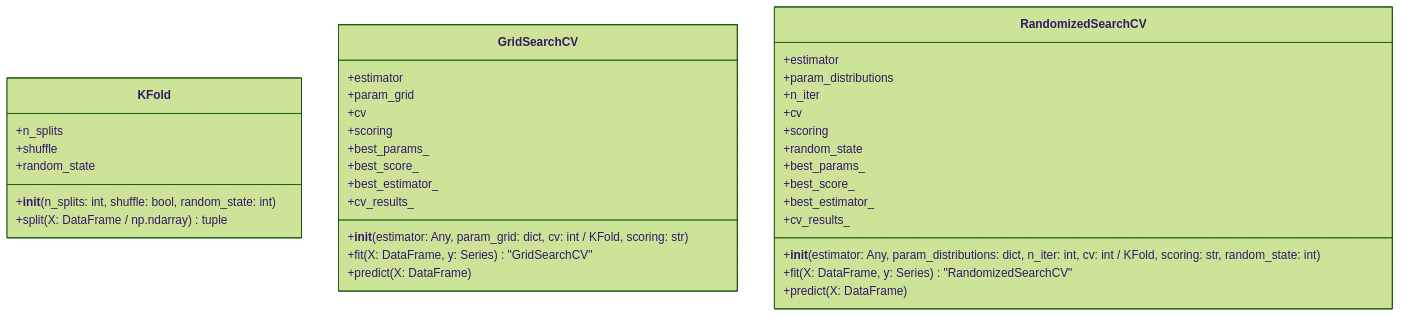
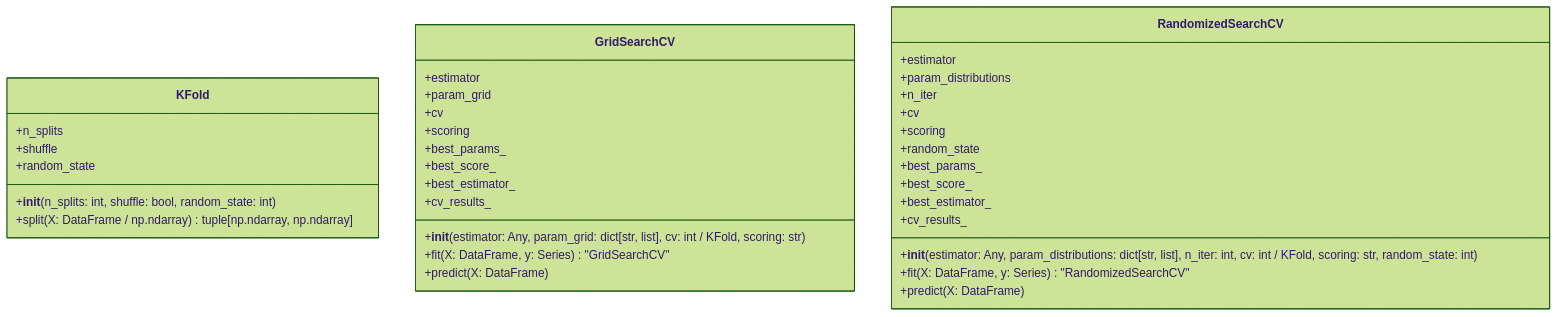
One commit to SmollCoco/GlassBox changed the diagram in packages/glassbox-optimization/docs/UML_Class_Diagram.md. Above: the diagram before and after it, drawn with Mermaid (forest theme). The commit also changed 5 other files, not shown here.

Commit message:
correcting UML diagrams of eda and numpandas

````diff
--- a/packages/glassbox-optimization/docs/UML_Class_Diagram.md
+++ b/packages/glassbox-optimization/docs/UML_Class_Diagram.md
@@ -3,38 +3,38 @@
 ```mermaid
 classDiagram
     class KFold {
         +n_splits
         +shuffle
         +random_state
         +__init__(n_splits: int, shuffle: bool, random_state: int)
-        +split(X: DataFrame / np.ndarray)  tuple<np.ndarray, np.ndarray>
+        +split(X: DataFrame / np.ndarray)  tuple[np.ndarray, np.ndarray]
     }
     class GridSearchCV {
         +estimator
         +param_grid
         +cv
         +scoring
         +best_params_
         +best_score_
         +best_estimator_
         +cv_results_
-        +__init__(estimator: Any, param_grid: dict<str, list>, cv: int / KFold, scoring: str)
+        +__init__(estimator: Any, param_grid: dict[str, list], cv: int / KFold, scoring: str)
         +fit(X: DataFrame, y: Series)  "GridSearchCV"
         +predict(X: DataFrame)
     }
     class RandomizedSearchCV {
         +estimator
         +param_distributions
         +n_iter
         +cv
         +scoring
         +random_state
         +best_params_
         +best_score_
         +best_estimator_
         +cv_results_
-        +__init__(estimator: Any, param_distributions: dict<str, list>, n_iter: int, cv: int / KFold, scoring: str, random_state: int)
+        +__init__(estimator: Any, param_distributions: dict[str, list], n_iter: int, cv: int / KFold, scoring: str, random_state: int)
         +fit(X: DataFrame, y: Series)  "RandomizedSearchCV"
         +predict(X: DataFrame)
     }
 ```
````
